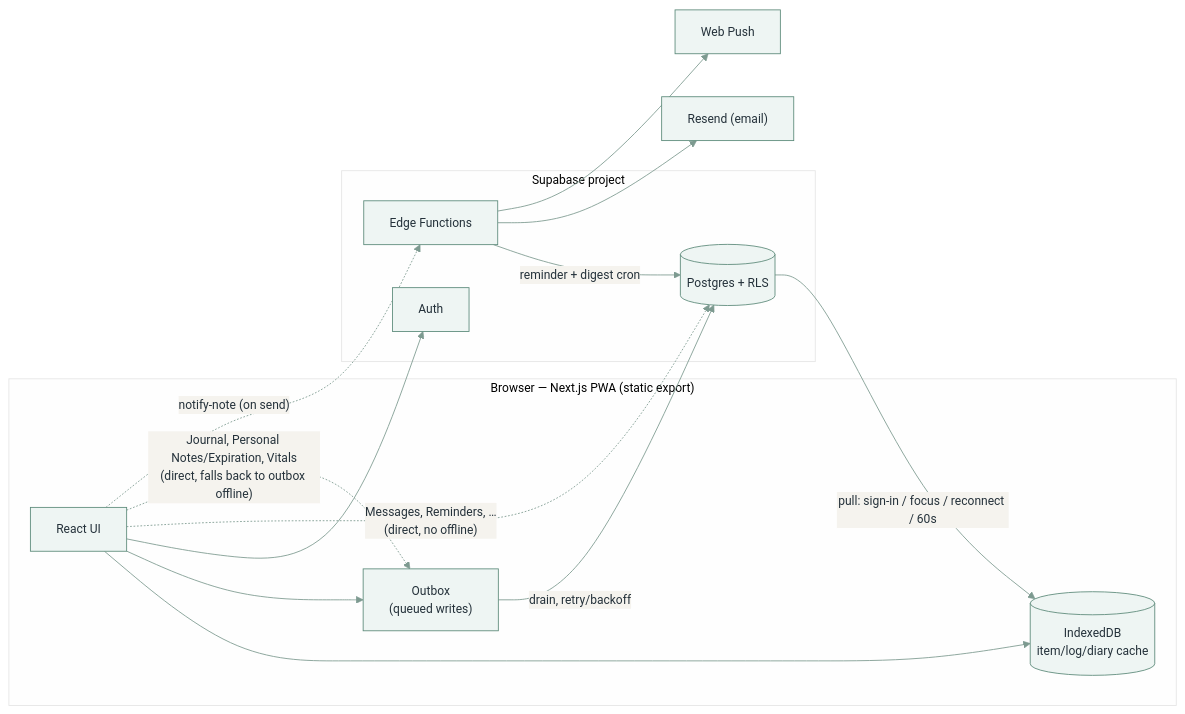
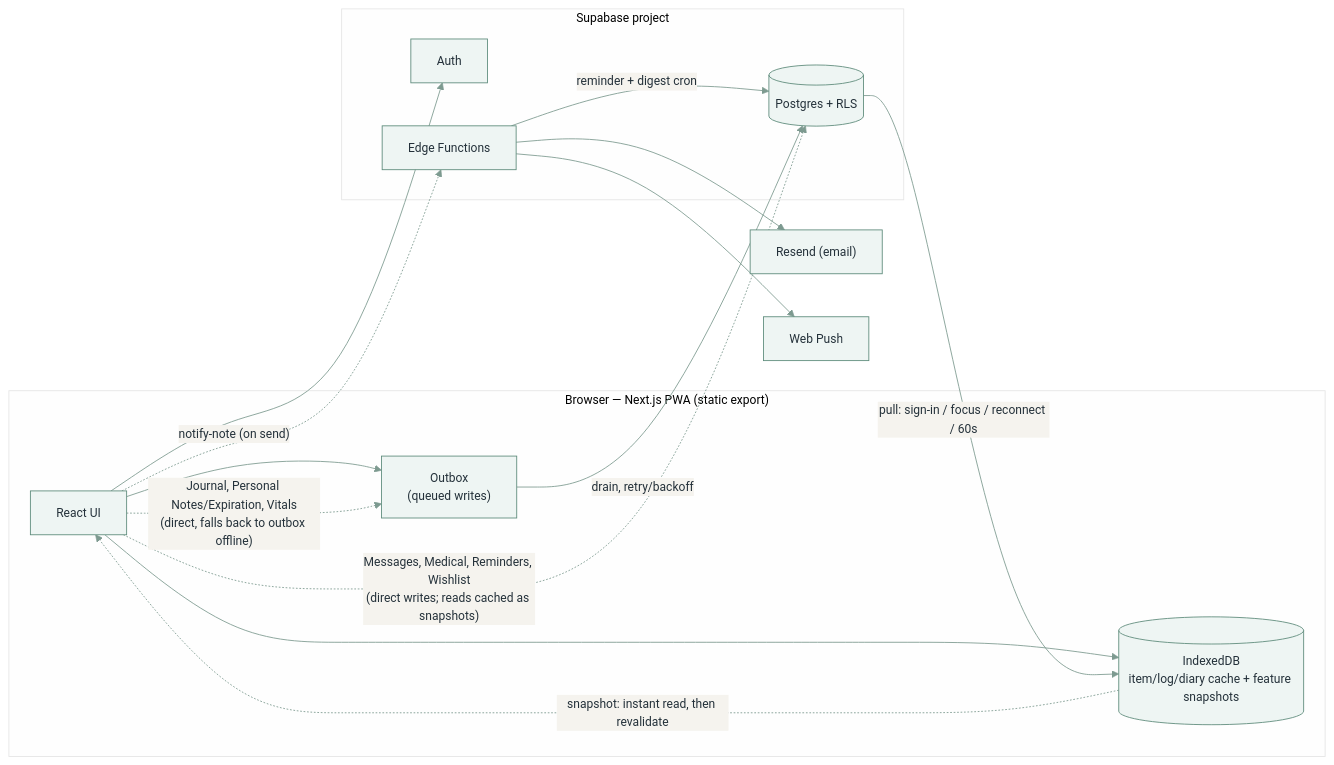
One commit to xxvazquez/health-management changed the diagram in README.md. Above: the diagram before and after it, drawn with Mermaid. The commit also changed other lines of this file and 16 other files, not shown here.

First line of the commit message:
Offline reads for the direct-to-Supabase features

````diff
--- a/README.md
+++ b/README.md
@@ -110,29 +110,30 @@
 ```mermaid
 %%{init: {"theme": "base", "themeVariables": {
   "primaryColor": "#eef5f3", "primaryBorderColor": "#5c8a7a",
   "primaryTextColor": "#24313a", "lineColor": "#7d9a90",
   "fontFamily": "Inter, -apple-system, sans-serif", "fontSize": "14px"
 }}}%%
 flowchart LR
     subgraph browser["Browser — Next.js PWA (static export)"]
         ui["React UI"]
-        idb[("IndexedDB<br/>item/log/diary cache")]
+        idb[("IndexedDB<br/>item/log/diary cache + feature snapshots")]
         outbox["Outbox<br/>(queued writes)"]
         ui --> idb
         ui --> outbox
     end
     subgraph supa["Supabase project"]
         pg[("Postgres + RLS")]
         auth["Auth"]
         ef["Edge Functions"]
     end
     outbox -->|"drain, retry/backoff"| pg
     pg -->|"pull: sign-in / focus / reconnect / 60s"| idb
     ui --> auth
-    ui -.->|"Messages, Reminders, …<br/>(direct, no offline)"| pg
+    ui -.->|"Messages, Medical, Reminders, Wishlist<br/>(direct writes; reads cached as snapshots)"| pg
     ui -.->|"Journal, Personal Notes/Expiration, Vitals<br/>(direct, falls back to outbox offline)"| outbox
+    idb -.->|"snapshot: instant read, then revalidate"| ui
     ui -.->|"notify-note (on send)"| ef
     ef -->|"reminder + digest cron"| pg
     ef --> resend["Resend (email)"]
     ef --> push["Web Push"]
 ```
````
